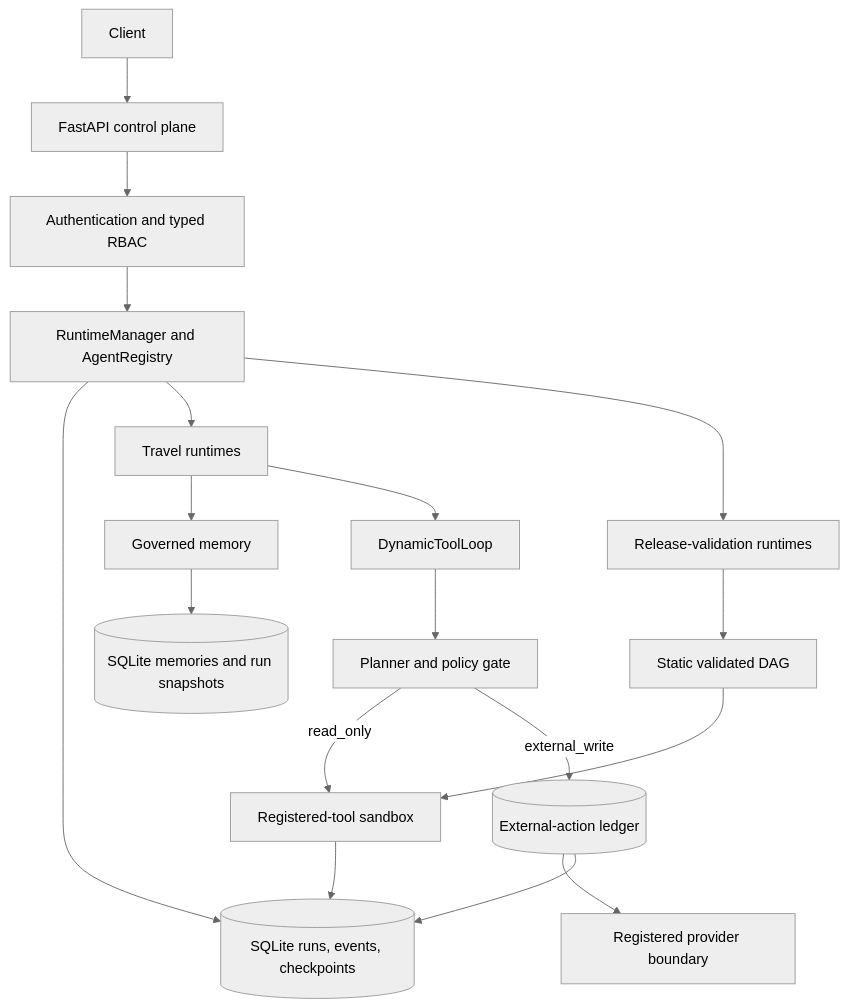
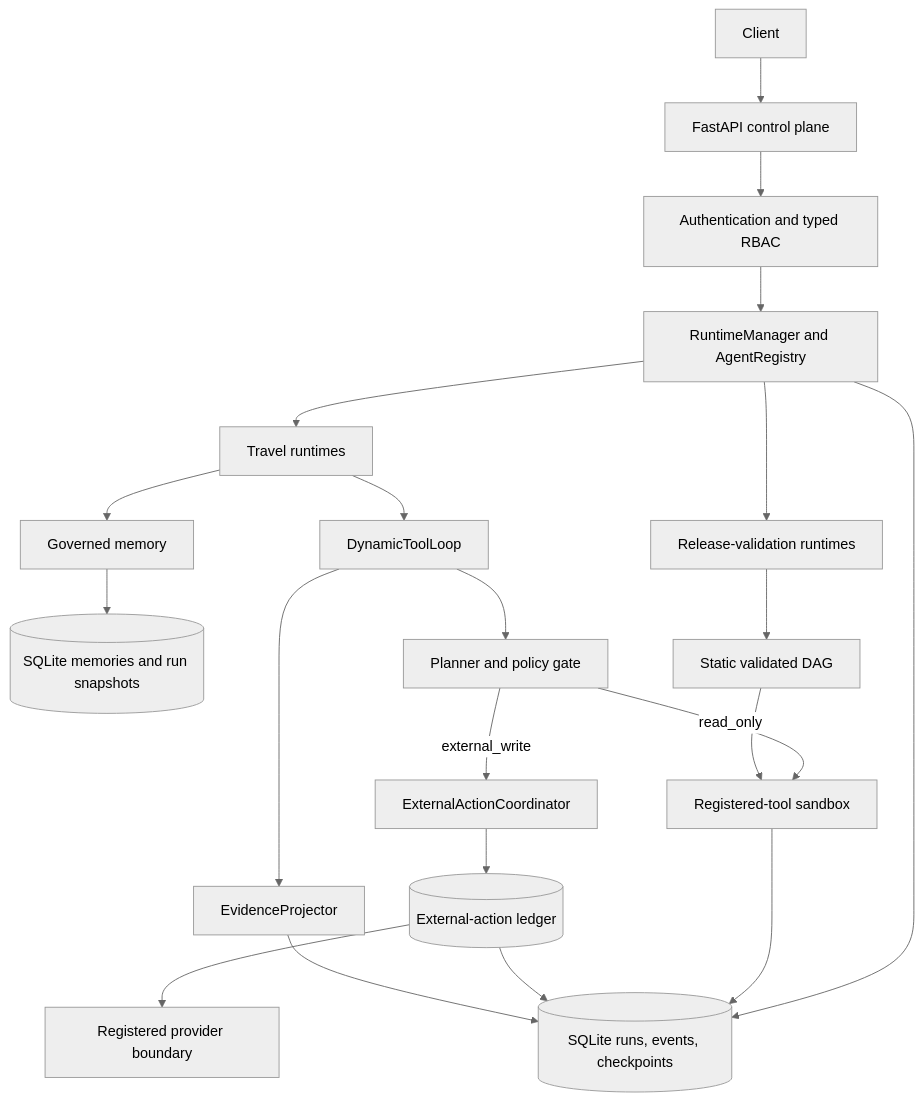
Before and after one commit to YingzuoLiu/agent-runtime-platform: the first of 2 diagrams in README.md, drawn with Mermaid (neutral theme). The commit also changed other lines of this file and 10 other files, not shown here.

Commit message:
refactor: extract action coordination and evidence projection

````diff
--- a/README.md
+++ b/README.md
@@ -160,20 +160,23 @@
 ```mermaid
 flowchart TB
     C[Client] --> A[FastAPI control plane]
     A --> I[Authentication and typed RBAC]
     I --> M[RuntimeManager and AgentRegistry]
     M --> S[(SQLite runs, events, checkpoints)]
     M --> T[Travel runtimes]
     M --> R[Release-validation runtimes]
     T --> X[Governed memory]
     X --> Q[(SQLite memories and run snapshots)]
     T --> L[DynamicToolLoop]
     R --> G[Static validated DAG]
     L --> P[Planner and policy gate]
     P -->|read_only| B[Registered-tool sandbox]
-    P -->|external_write| E[(External-action ledger)]
+    P -->|external_write| EC[ExternalActionCoordinator]
+    EC --> E[(External-action ledger)]
     E --> V[Registered provider boundary]
+    L --> O[EvidenceProjector]
     G --> B
     B --> S
     E --> S
+    O --> S
 ```
````
